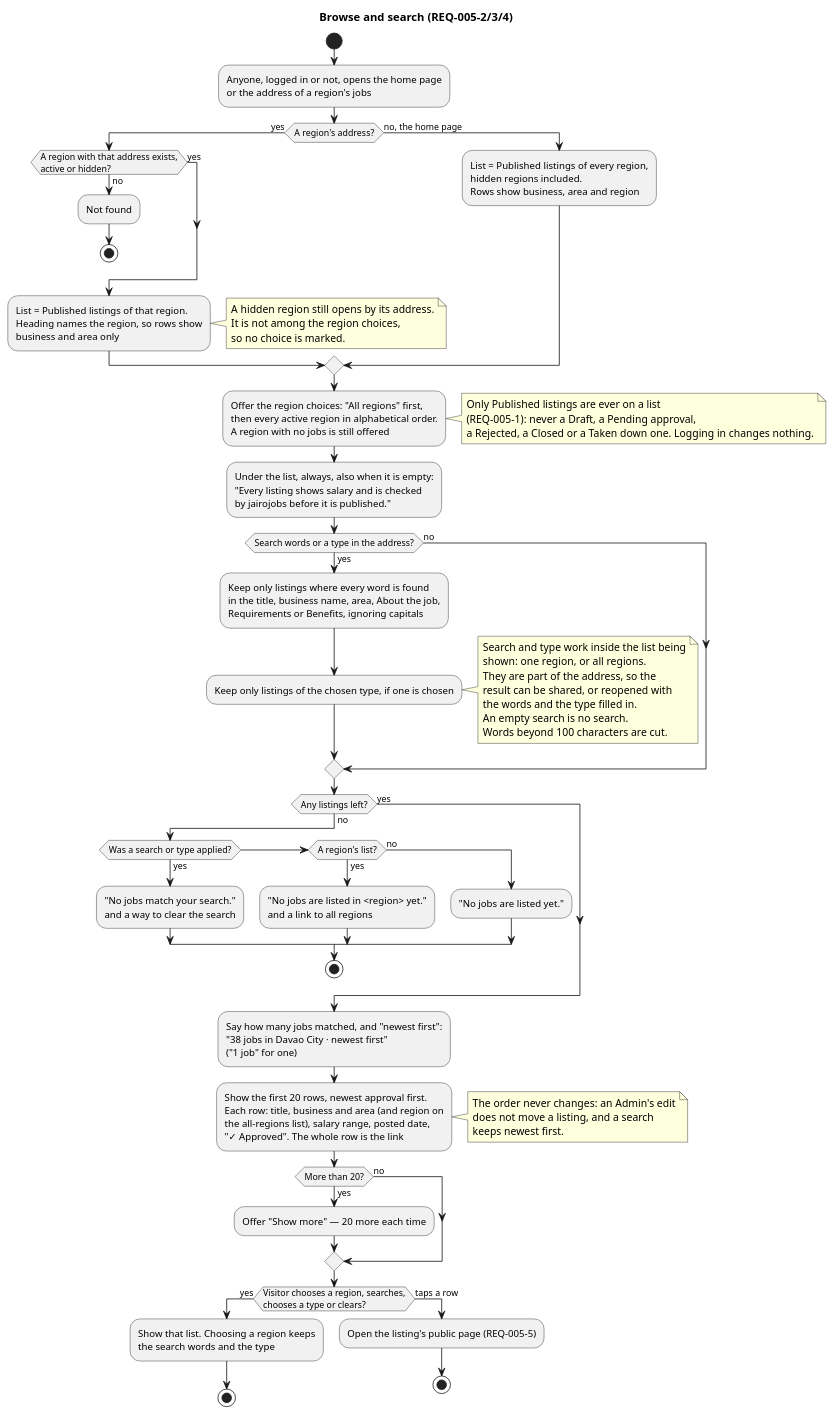
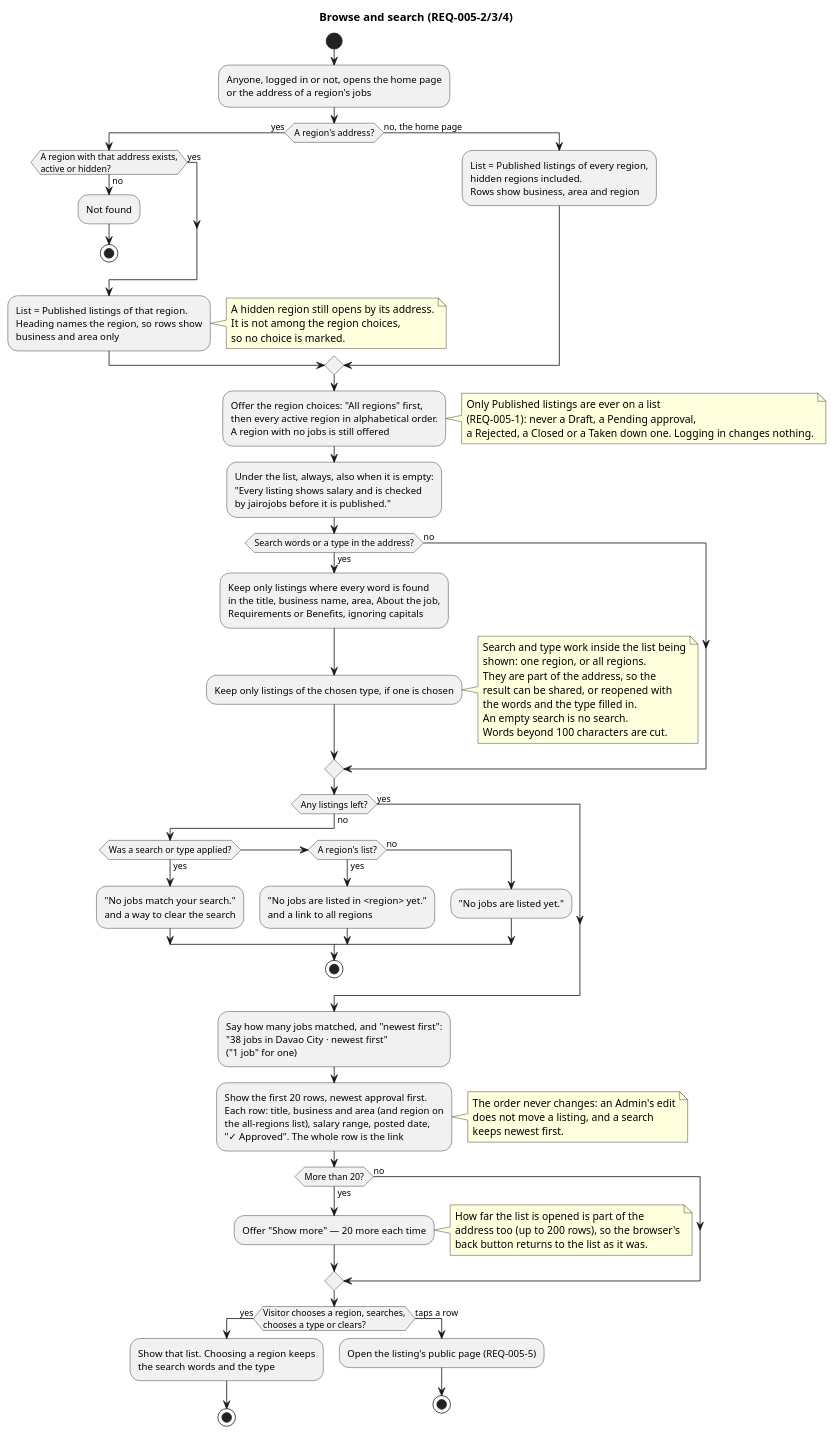
One commit to raseniero/jairojobs-elixir changed the diagram in docs/specs/005-public-browse-search/diagrams/activity-browse-and-search.puml. Above: the diagram before and after it, drawn with PlantUML. The commit also changed 12 other files, not shown here.

```diff
--- a/docs/specs/005-public-browse-search/diagrams/activity-browse-and-search.puml
+++ b/docs/specs/005-public-browse-search/diagrams/activity-browse-and-search.puml
@@ -1,91 +1,96 @@
 @startuml activity-browse-and-search
 ' Spec 005 — the jobs lists: all regions, one region, search and type (REQ-005-2, -3, -4)
 title Browse and search (REQ-005-2/3/4)
 
 start
 :Anyone, logged in or not, opens the home page
 or the address of a region's jobs;
 if (A region's address?) then (yes)
   if (A region with that address exists,\nactive or hidden?) then (no)
     :Not found;
     stop
   else (yes)
   endif
   :List = Published listings of that region.
   Heading names the region, so rows show
   business and area only;
   note right
     A hidden region still opens by its address.
     It is not among the region choices,
     so no choice is marked.
   end note
 else (no, the home page)
   :List = Published listings of every region,
   hidden regions included.
   Rows show business, area and region;
 endif
 :Offer the region choices: "All regions" first,
 then every active region in alphabetical order.
 A region with no jobs is still offered;
 note right
   Only Published listings are ever on a list
   (REQ-005-1): never a Draft, a Pending approval,
   a Rejected, a Closed or a Taken down one. Logging in changes nothing.
 end note
 :Under the list, always, also when it is empty:
 "Every listing shows salary and is checked
 by jairojobs before it is published.";
 if (Search words or a type in the address?) then (yes)
   :Keep only listings where every word is found
   in the title, business name, area, About the job,
   Requirements or Benefits, ignoring capitals;
   :Keep only listings of the chosen type, if one is chosen;
   note right
     Search and type work inside the list being
     shown: one region, or all regions.
     They are part of the address, so the
     result can be shared, or reopened with
     the words and the type filled in.
     An empty search is no search.
     Words beyond 100 characters are cut.
   end note
 else (no)
 endif
 if (Any listings left?) then (no)
   if (Was a search or type applied?) then (yes)
     :"No jobs match your search."
     and a way to clear the search;
   elseif (A region's list?) then (yes)
     :"No jobs are listed in <region> yet."
     and a link to all regions;
   else (no)
     :"No jobs are listed yet.";
   endif
   stop
 else (yes)
 endif
 :Say how many jobs matched, and "newest first":
 "38 jobs in Davao City · newest first"
 ("1 job" for one);
 :Show the first 20 rows, newest approval first.
 Each row: title, business and area (and region on
 the all-regions list), salary range, posted date,
 "✓ Approved". The whole row is the link;
 note right
   The order never changes: an Admin's edit
   does not move a listing, and a search
   keeps newest first.
 end note
 if (More than 20?) then (yes)
   :Offer "Show more" — 20 more each time;
+  note right
+    How far the list is opened is part of the
+    address too (up to 200 rows), so the browser's
+    back button returns to the list as it was.
+  end note
 else (no)
 endif
 if (Visitor chooses a region, searches,\nchooses a type or clears?) then (yes)
   :Show that list. Choosing a region keeps
   the search words and the type;
   stop
 else (taps a row)
   :Open the listing's public page (REQ-005-5);
   stop
 endif
 @enduml
```
